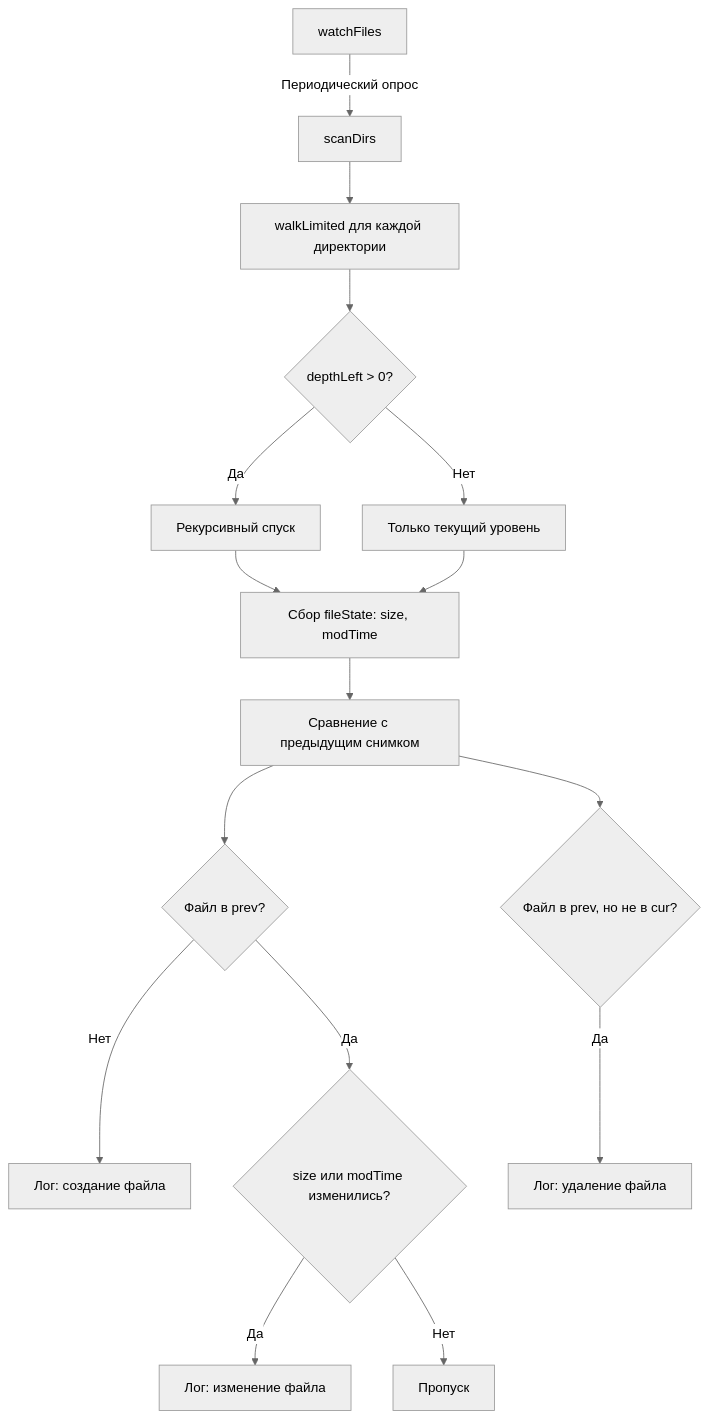
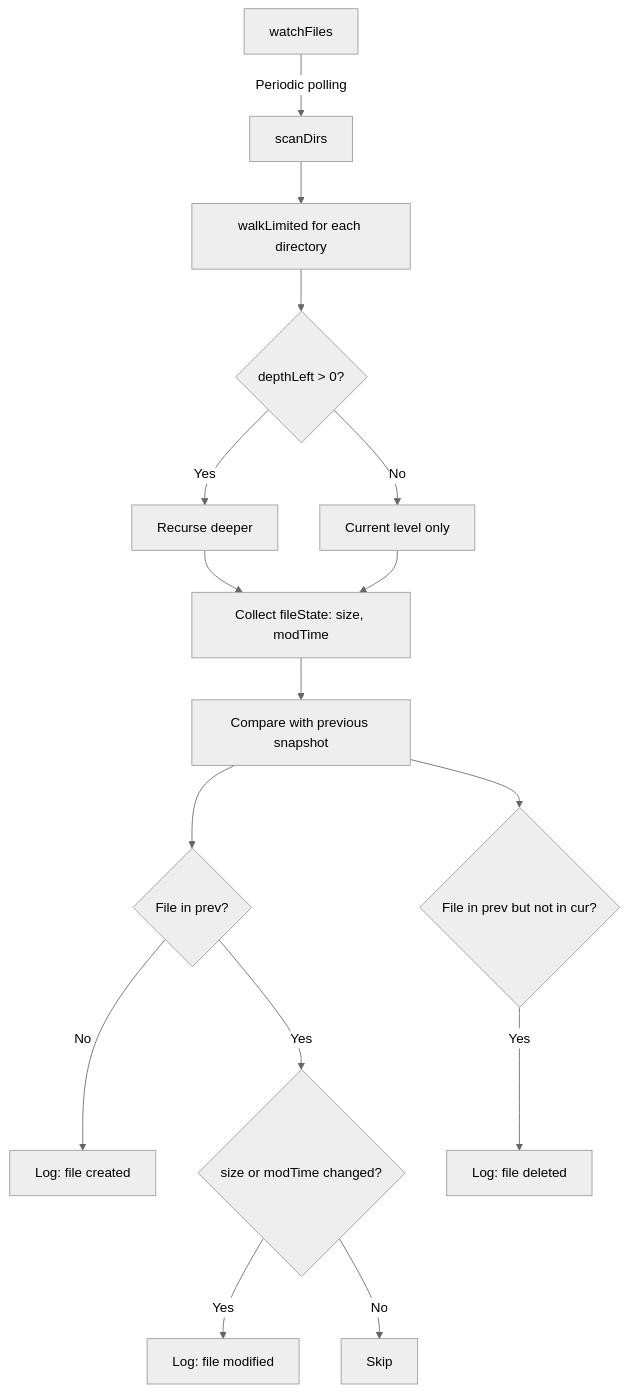
The third of 4 diagrams in README.md (phrensied/procwatch), drawn with Mermaid (neutral theme) before and after one commit. The commit also changed other lines of this file, not shown here.

````diff
--- a/README.md
+++ b/README.md
@@ -78,18 +78,18 @@
 ```mermaid
 flowchart TD
-    A[watchFiles] -->|Периодический опрос| B[scanDirs]
-    B --> C[walkLimited для каждой директории]
+    A[watchFiles] -->|Periodic polling| B[scanDirs]
+    B --> C[walkLimited for each directory]
     C --> D{depthLeft > 0?}
-    D -->|Да| E[Рекурсивный спуск]
-    D -->|Нет| F[Только текущий уровень]
-    E --> G[Сбор fileState: size, modTime]
+    D -->|Yes| E[Recurse deeper]
+    D -->|No| F[Current level only]
+    E --> G[Collect fileState: size, modTime]
     F --> G
-    G --> H[Сравнение с предыдущим снимком]
-    H --> I{Файл в prev?}
-    I -->|Нет| J[Лог: создание файла]
-    I -->|Да| K{size или modTime изменились?}
-    K -->|Да| L[Лог: изменение файла]
-    K -->|Нет| M[Пропуск]
-    H --> N{Файл в prev, но не в cur?}
-    N -->|Да| O[Лог: удаление файла]
+    G --> H[Compare with previous snapshot]
+    H --> I{File in prev?}
+    I -->|No| J[Log: file created]
+    I -->|Yes| K{size or modTime changed?}
+    K -->|Yes| L[Log: file modified]
+    K -->|No| M[Skip]
+    H --> N{File in prev but not in cur?}
+    N -->|Yes| O[Log: file deleted]
 ```
````
